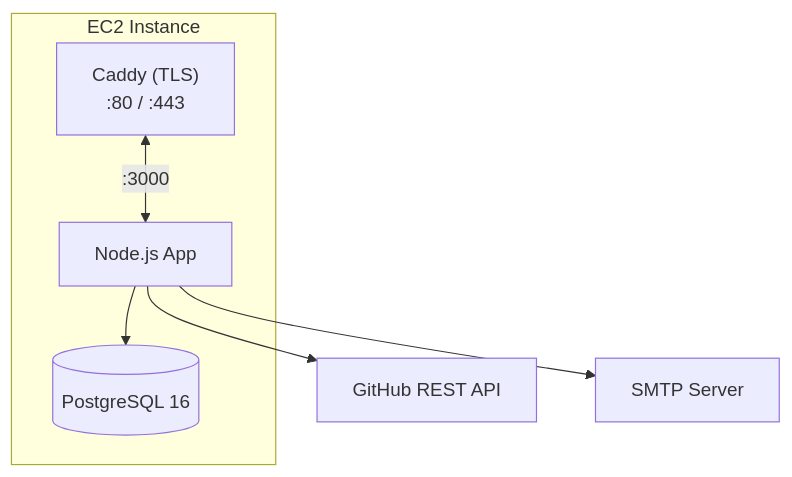
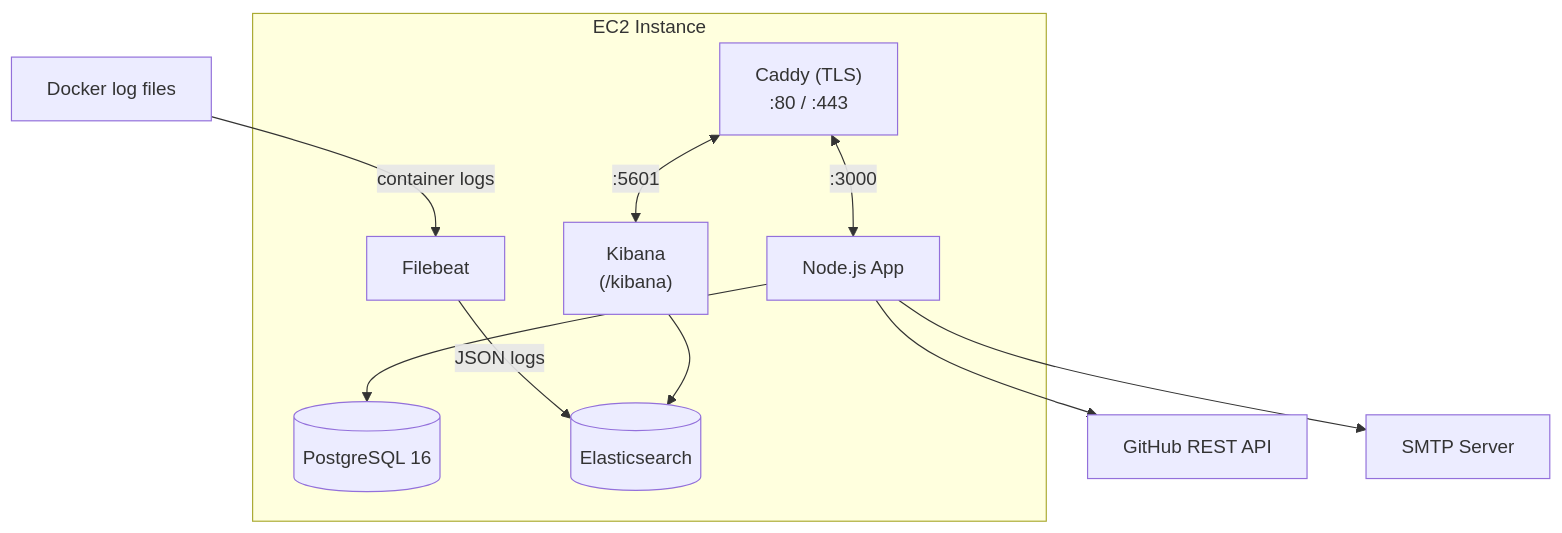
Before and after one commit to GenesisEducationKyiv/software-engineering-school-6-0-Hradivnyk: the second of 5 diagrams in docs/system-design.md, drawn with Mermaid. The commit also changed other lines of this file and 1 other file, not shown here.

Commit message:
docs: enhance system design documentation with ELK stack integration details and add ADR-003 for log aggregation strategy

````diff
--- a/docs/system-design.md
+++ b/docs/system-design.md
@@ -135,14 +135,22 @@
 ```mermaid
 flowchart TB
     subgraph EC2["EC2 Instance"]
         Caddy["Caddy (TLS)\n:80 / :443"]
         App["Node.js App"]
         PG[("PostgreSQL 16")]
+        Filebeat["Filebeat"]
+        ES[("Elasticsearch")]
+        Kibana["Kibana\n(/kibana)"]
         Caddy <-->|":3000"| App
+        Caddy <-->|":5601"| Kibana
         App --> PG
+        Filebeat -->|"JSON logs"| ES
+        Kibana --> ES
     end
     GitHub["GitHub REST API"]
     SMTP["SMTP Server"]
+    Docker["Docker log files"]
     App --> GitHub
     App --> SMTP
+    Docker -->|"container logs"| Filebeat
 ```
````
